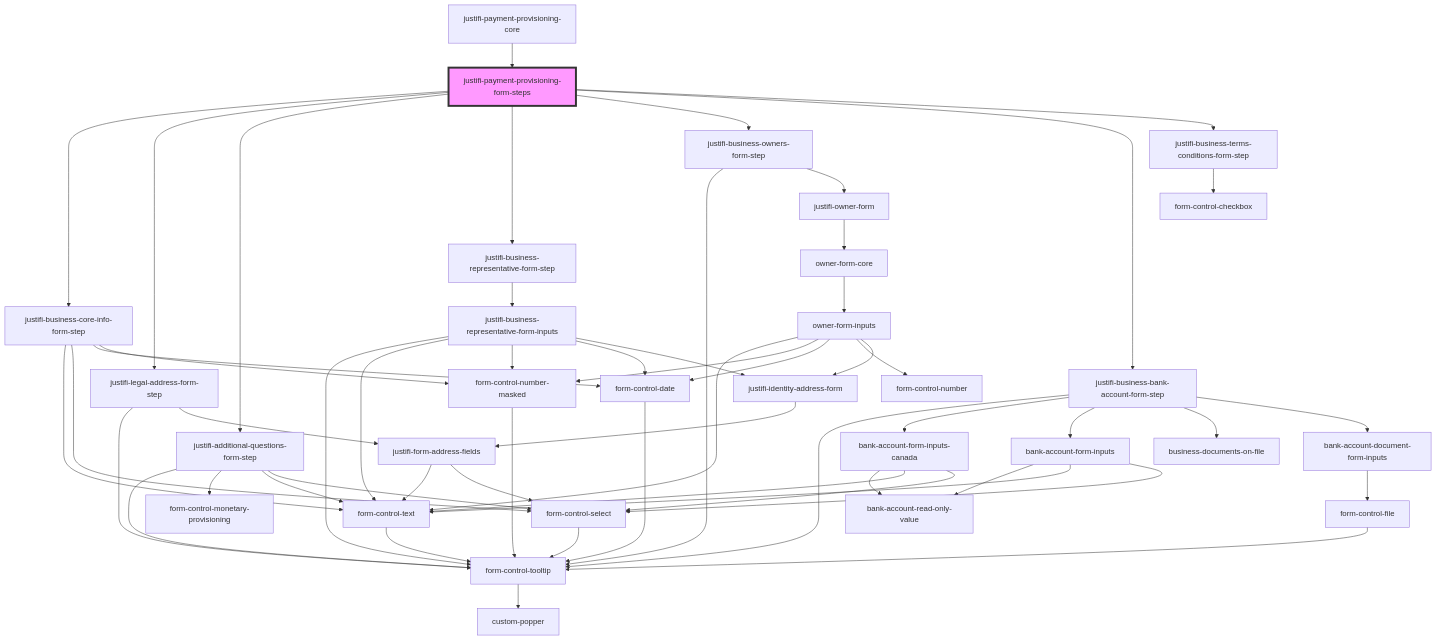
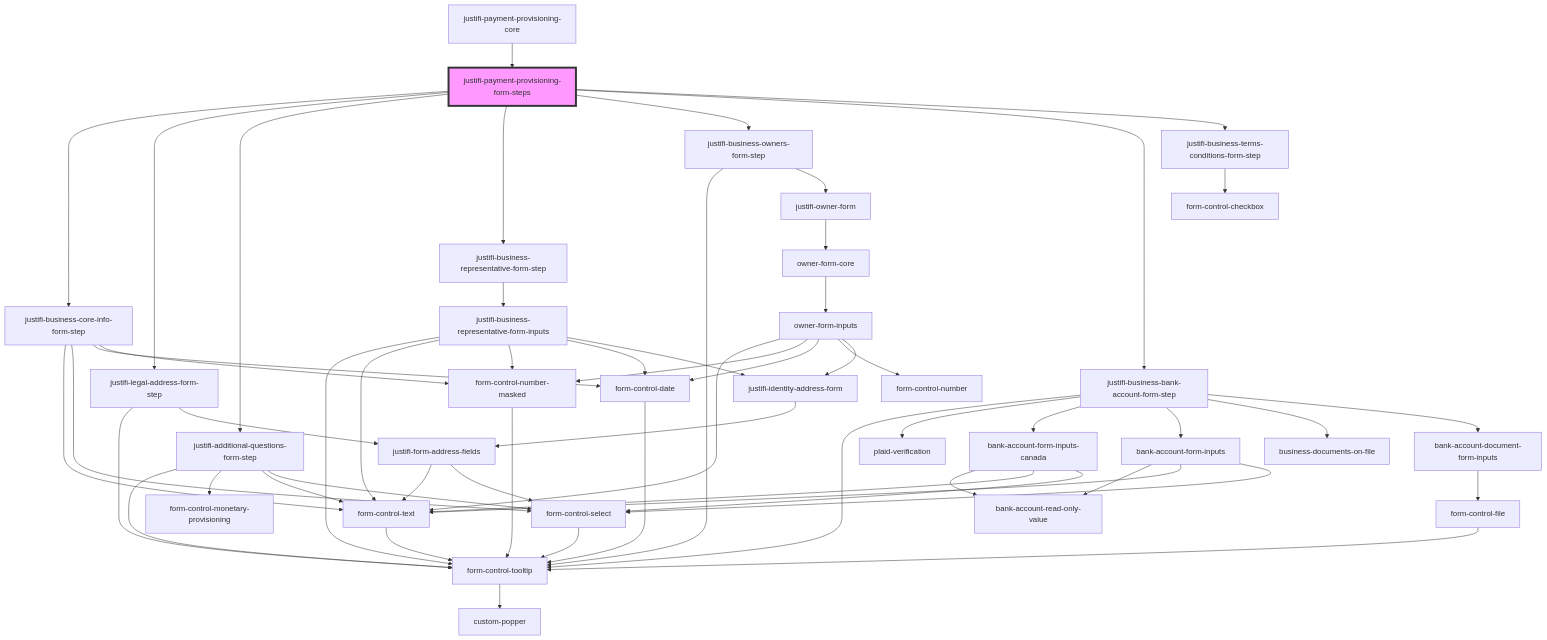
Before and after one commit to justifi-tech/web-component-library: the diagram in packages/webcomponents/src/components/business-forms/payment-provisioning/readme.md, drawn with Mermaid. The commit also changed 8 other files, not shown here.

First line of the commit message:
feat: Add Plaid verification UI components (Part 2/2) (#1308)

````diff
--- a/packages/webcomponents/src/components/business-forms/payment-provisioning/readme.md
+++ b/packages/webcomponents/src/components/business-forms/payment-provisioning/readme.md
@@ -36,59 +36,60 @@
 ```mermaid
 graph TD;
   justifi-payment-provisioning-form-steps --> justifi-business-core-info-form-step
   justifi-payment-provisioning-form-steps --> justifi-legal-address-form-step
   justifi-payment-provisioning-form-steps --> justifi-additional-questions-form-step
   justifi-payment-provisioning-form-steps --> justifi-business-representative-form-step
   justifi-payment-provisioning-form-steps --> justifi-business-owners-form-step
   justifi-payment-provisioning-form-steps --> justifi-business-bank-account-form-step
   justifi-payment-provisioning-form-steps --> justifi-business-terms-conditions-form-step
   justifi-business-core-info-form-step --> form-control-text
   justifi-business-core-info-form-step --> form-control-select
   justifi-business-core-info-form-step --> form-control-date
   justifi-business-core-info-form-step --> form-control-number-masked
   form-control-text --> form-control-tooltip
   form-control-tooltip --> custom-popper
   form-control-select --> form-control-tooltip
   form-control-date --> form-control-tooltip
   form-control-number-masked --> form-control-tooltip
   justifi-legal-address-form-step --> form-control-tooltip
   justifi-legal-address-form-step --> justifi-form-address-fields
   justifi-form-address-fields --> form-control-text
   justifi-form-address-fields --> form-control-select
   justifi-additional-questions-form-step --> form-control-tooltip
   justifi-additional-questions-form-step --> form-control-monetary-provisioning
   justifi-additional-questions-form-step --> form-control-text
   justifi-additional-questions-form-step --> form-control-select
   justifi-business-representative-form-step --> justifi-business-representative-form-inputs
   justifi-business-representative-form-inputs --> form-control-tooltip
   justifi-business-representative-form-inputs --> form-control-text
   justifi-business-representative-form-inputs --> form-control-number-masked
   justifi-business-representative-form-inputs --> form-control-date
   justifi-business-representative-form-inputs --> justifi-identity-address-form
   justifi-identity-address-form --> justifi-form-address-fields
   justifi-business-owners-form-step --> form-control-tooltip
   justifi-business-owners-form-step --> justifi-owner-form
   justifi-owner-form --> owner-form-core
   owner-form-core --> owner-form-inputs
   owner-form-inputs --> form-control-text
   owner-form-inputs --> form-control-number-masked
   owner-form-inputs --> form-control-date
   owner-form-inputs --> form-control-number
   owner-form-inputs --> justifi-identity-address-form
   justifi-business-bank-account-form-step --> form-control-tooltip
+  justifi-business-bank-account-form-step --> plaid-verification
   justifi-business-bank-account-form-step --> bank-account-form-inputs-canada
   justifi-business-bank-account-form-step --> bank-account-form-inputs
   justifi-business-bank-account-form-step --> business-documents-on-file
   justifi-business-bank-account-form-step --> bank-account-document-form-inputs
   bank-account-form-inputs-canada --> bank-account-read-only-value
   bank-account-form-inputs-canada --> form-control-text
   bank-account-form-inputs-canada --> form-control-select
   bank-account-form-inputs --> bank-account-read-only-value
   bank-account-form-inputs --> form-control-text
   bank-account-form-inputs --> form-control-select
   bank-account-document-form-inputs --> form-control-file
   form-control-file --> form-control-tooltip
   justifi-business-terms-conditions-form-step --> form-control-checkbox
   justifi-payment-provisioning-core --> justifi-payment-provisioning-form-steps
   style justifi-payment-provisioning-form-steps fill:#f9f,stroke:#333,stroke-width:4px
 ```
````
